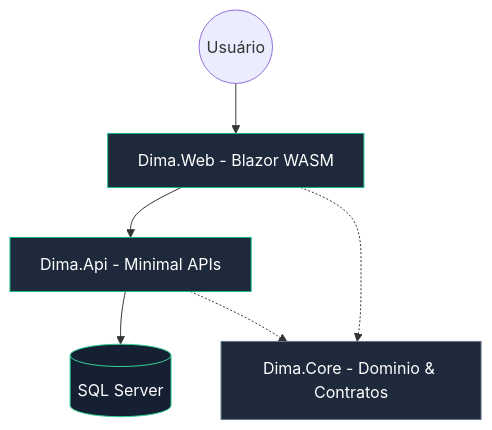
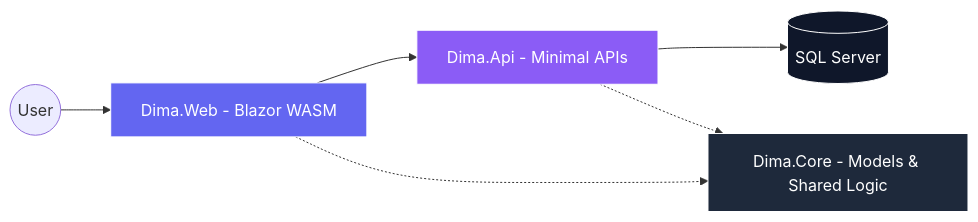
One commit to israelanacleto/DIMA changed the diagram in README.md. Above: the diagram before and after it, drawn with Mermaid. The commit also changed other lines of this file, not shown here.

````diff
--- a/README.md
+++ b/README.md
@@ -86,12 +73,12 @@
 ```mermaid
-graph TD
-    User((Usuário)) --> Web[Dima.Web - Blazor WASM]
+graph LR
+    User((User)) --> Web[Dima.Web - Blazor WASM]
     Web --> API[Dima.Api - Minimal APIs]
     API --> DB[(SQL Server)]
-    Web & API -.-> Core[Dima.Core - Dominio & Contratos]
+    Web & API -.-> Core[Dima.Core - Models & Shared Logic]
     
-    style Web fill:#1e293b,stroke:#10b981,color:#fff
-    style API fill:#1e293b,stroke:#10b981,color:#fff
-    style Core fill:#1e293b,stroke:#64748b,color:#fff
-    style DB fill:#162033,stroke:#34d399,color:#fff
+    style Web fill:#6366F1,stroke:#fff,color:#fff
+    style API fill:#8B5CF6,stroke:#fff,color:#fff
+    style Core fill:#1E293B,stroke:#fff,color:#fff
+    style DB fill:#0F172A,stroke:#fff,color:#fff
 ```
````
